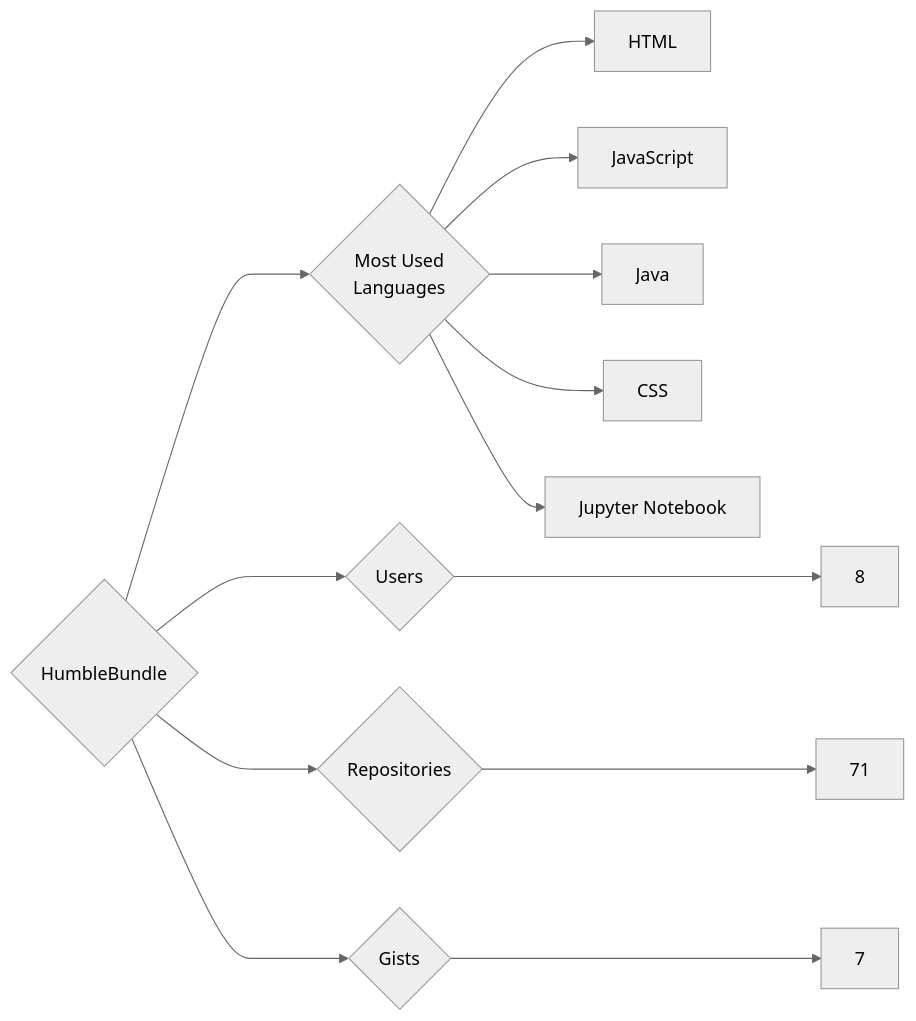
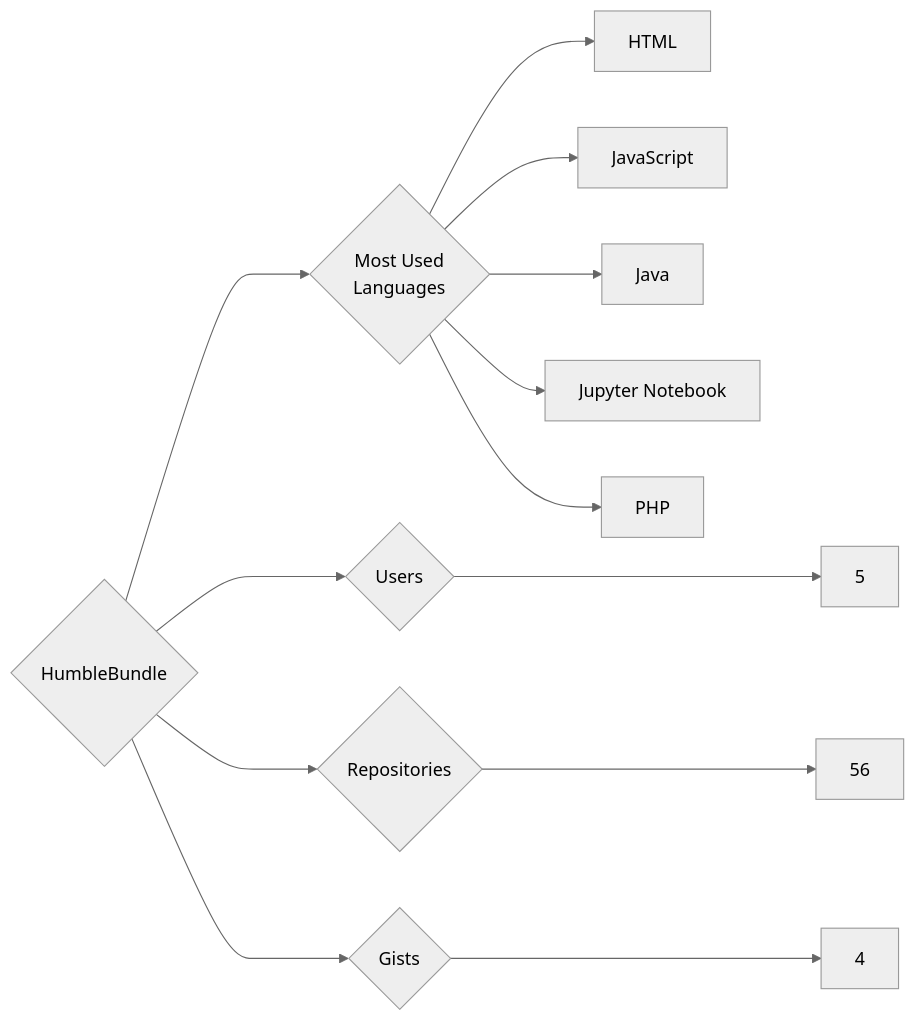
Before and after one commit to trickest/insiders: the diagram in targets/HumbleBundle/README.md, drawn with Mermaid (neutral theme). The commit also changed 1167 other files, not shown here.

````diff
--- a/targets/HumbleBundle/README.md
+++ b/targets/HumbleBundle/README.md
@@ -3,13 +3,13 @@
 ```mermaid
 graph LR
 COMPANY_NAME{HumbleBundle}
-COMPANY_NAME ---> U{Users} ---> UN[8]
-COMPANY_NAME ---> R{Repositories} ---> RN[71]
-COMPANY_NAME ---> G{Gists} ---> GN[7]
+COMPANY_NAME ---> U{Users} ---> UN[5]
+COMPANY_NAME ---> R{Repositories} ---> RN[56]
+COMPANY_NAME ---> G{Gists} ---> GN[4]
 COMPANY_NAME ---> ML{Most Used<br>Languages}
 ML --> HTML[HTML]
 ML --> JavaScript[JavaScript]
 ML --> Java[Java]
-ML --> CSS[CSS]
 ML --> Jupyter_Notebook[Jupyter Notebook]
+ML --> PHP[PHP]
 ```
````
